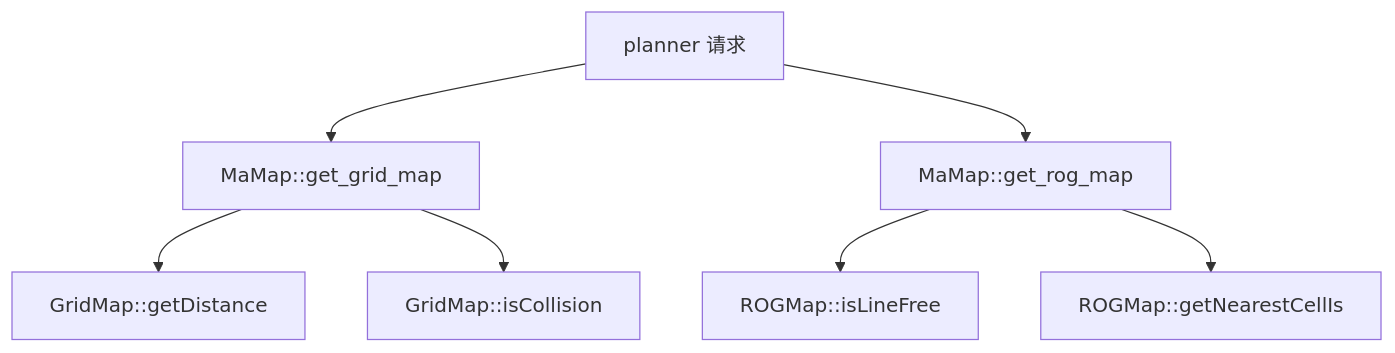
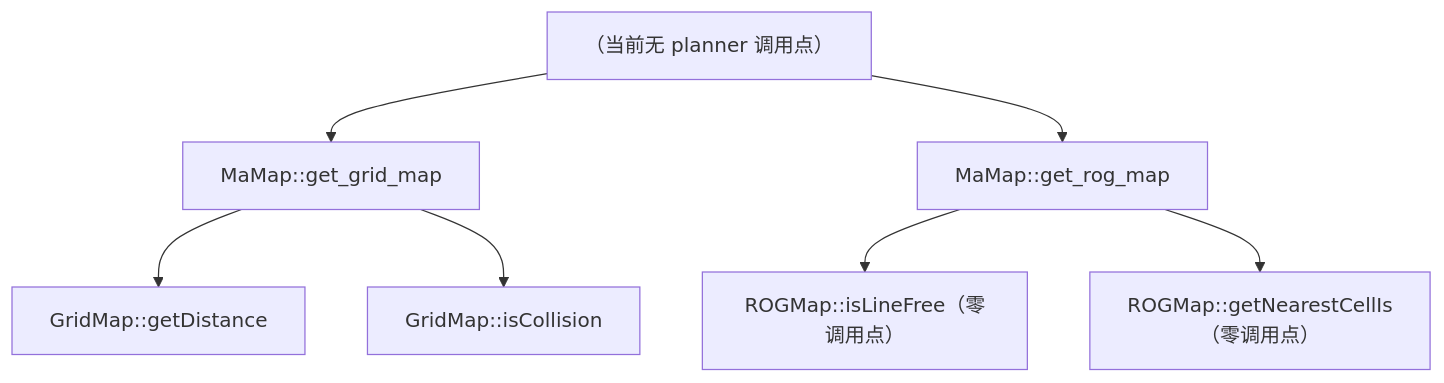
One commit to YD07-xyt/MA_Nav changed the fifth of 5 diagrams in docs/nav/map/流程图.md. Above: the diagram before and after it, drawn with Mermaid. The commit also changed other lines of this file and 107 other files, not shown here.

````diff
--- a/docs/nav/map/流程图.md
+++ b/docs/nav/map/流程图.md
@@ -125,9 +125,9 @@
 ```mermaid
 graph TD
-    A[planner 请求] --> B[MaMap::get_grid_map]
+    A["（当前无 planner 调用点）"] --> B[MaMap::get_grid_map]
     A --> C[MaMap::get_rog_map]
     B --> D[GridMap::getDistance]
     B --> E[GridMap::isCollision]
-    C --> F[ROGMap::isLineFree]
-    C --> G[ROGMap::getNearestCellIs]
+    C --> F["ROGMap::isLineFree（零调用点）"]
+    C --> G["ROGMap::getNearestCellIs（零调用点）"]
 ```
````
